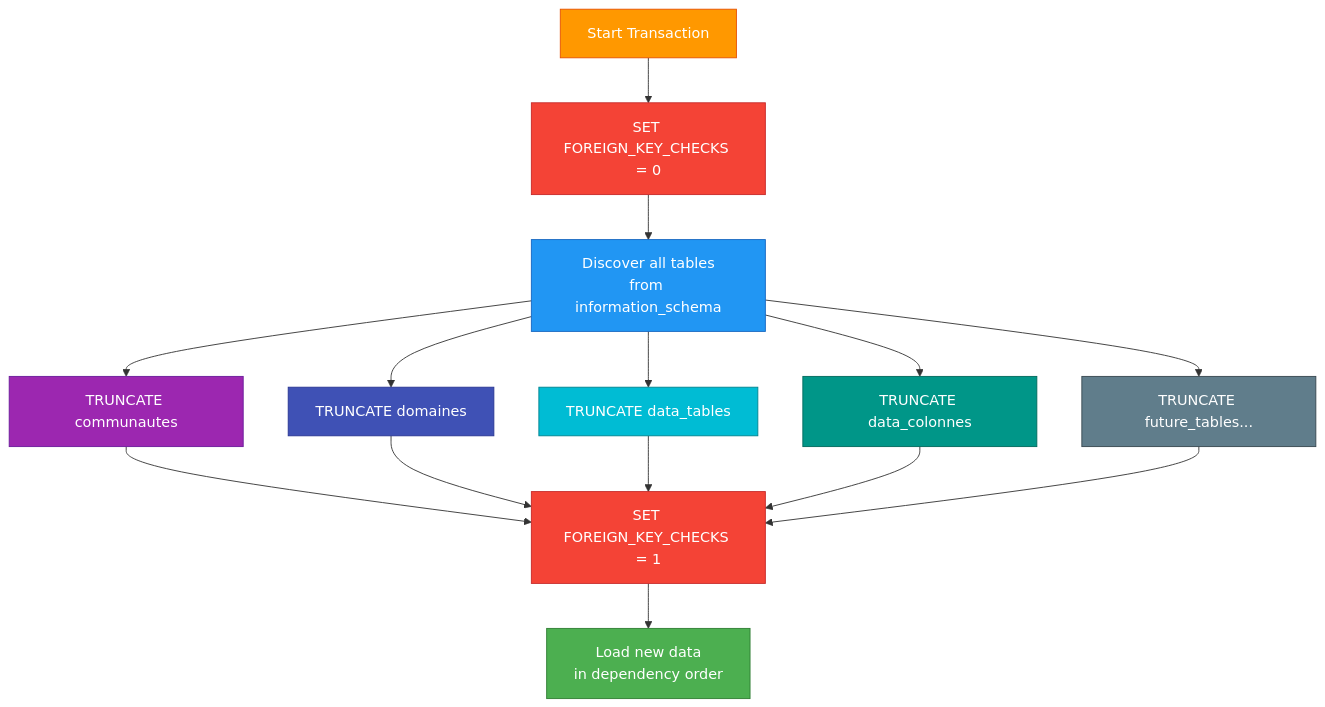
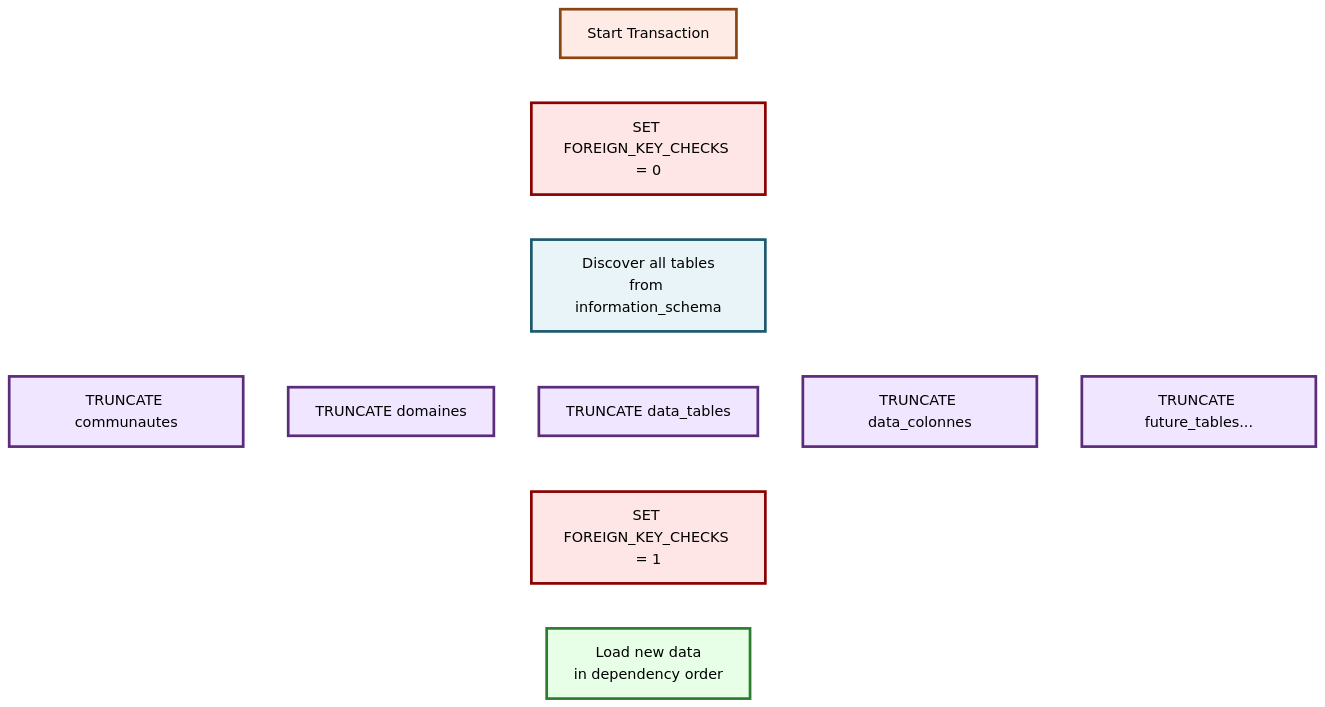
One commit to GMartin-Data/e1-certification changed the fourth of 7 diagrams in docs/architecture/etl-workflow.md. Above: the diagram before and after it, drawn with Mermaid. The commit also changed other lines of this file, not shown here.

Commit message:
docs: improve graphs readability in etl-workflow.md

````diff
--- a/docs/architecture/etl-workflow.md
+++ b/docs/architecture/etl-workflow.md
@@ -94,30 +163,54 @@
 ```mermaid
+%%{init: {
+  'theme': 'base',
+  'themeVariables': {
+    'primaryColor': '#ffffff',
+    'primaryTextColor': '#000000',
+    'primaryBorderColor': '#000000',
+    'background': '#ffffff',
+    'mainBkg': '#ffffff',
+    'lineColor': '#ffffff'
+  }
+}}%%
+
 graph TD
     A[Start Transaction] --> B[SET FOREIGN_KEY_CHECKS = 0]
     B --> C[Discover all tables<br/>from information_schema]
 
     C --> D[TRUNCATE communautes]
     C --> E[TRUNCATE domaines]
     C --> F[TRUNCATE data_tables]
     C --> G[TRUNCATE data_colonnes]
     C --> H[TRUNCATE future_tables...]
 
     D --> I[SET FOREIGN_KEY_CHECKS = 1]
     E --> I
     F --> I
     G --> I
     H --> I
 
     I --> J[Load new data<br/>in dependency order]
 
-    style A fill:#FF9800,stroke:#E65100,color:#fff
-    style B fill:#F44336,stroke:#C62828,color:#fff
-    style C fill:#2196F3,stroke:#1565C0,color:#fff
-    style J fill:#4CAF50,stroke:#2E7D32,color:#fff
-    style D fill:#9C27B0,stroke:#6A1B9A,color:#fff
-    style E fill:#3F51B5,stroke:#283593,color:#fff
-    style F fill:#00BCD4,stroke:#00838F,color:#fff
-    style G fill:#009688,stroke:#00695C,color:#fff
-    style H fill:#607D8B,stroke:#37474F,color:#fff
-    style I fill:#F44336,stroke:#C62828,color:#fff
+    %% WCAG AA compliant colors for accessibility
+    classDef startTransaction fill:#FFEBE6,stroke:#8B4513,stroke-width:3px,color:#000
+    classDef foreignKeyOff fill:#FFE6E6,stroke:#8B0000,stroke-width:3px,color:#000
+    classDef discovery fill:#E8F4F8,stroke:#1E5A6E,stroke-width:3px,color:#000
+    classDef loadData fill:#E6FFE6,stroke:#2E7D2E,stroke-width:3px,color:#000
+    classDef truncate1 fill:#F0E6FF,stroke:#5A2C7A,stroke-width:3px,color:#000
+    classDef truncate2 fill:#F0E6FF,stroke:#5A2C7A,stroke-width:3px,color:#000
+    classDef truncate3 fill:#F0E6FF,stroke:#5A2C7A,stroke-width:3px,color:#000
+    classDef truncate4 fill:#F0E6FF,stroke:#5A2C7A,stroke-width:3px,color:#000
+    classDef truncate5 fill:#F0E6FF,stroke:#5A2C7A,stroke-width:3px,color:#000
+    classDef foreignKeyOn fill:#FFE6E6,stroke:#8B0000,stroke-width:3px,color:#000
+
+    class A startTransaction
+    class B foreignKeyOff
+    class C discovery
+    class J loadData
+    class D truncate1
+    class E truncate2
+    class F truncate3
+    class G truncate4
+    class H truncate5
+    class I foreignKeyOn
 ```
````
